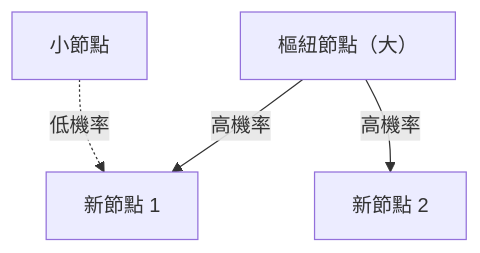
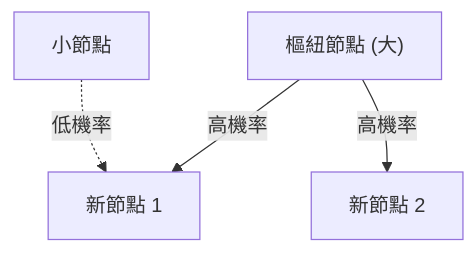
One commit to kenjinote/blog changed the diagram in content/post/zipfs-law/index.zh-tw.md. Above: the diagram before and after it, drawn with Mermaid. The commit also changed other lines of this file and 97 other files, not shown here.

````diff
--- a/content/post/zipfs-law/index.zh-tw.md
+++ b/content/post/zipfs-law/index.zh-tw.md
@@ -115,6 +115,6 @@
 ```mermaid
 graph TD
-  A["樞紐節點（大）"] -->|"高機率"| B["新節點 1"]
+  A["樞紐節點 (大)"] -->|"高機率"| B["新節點 1"]
   A -->|"高機率"| C["新節點 2"]
   D["小節點"] -.->|"低機率"| B
 ```
````
